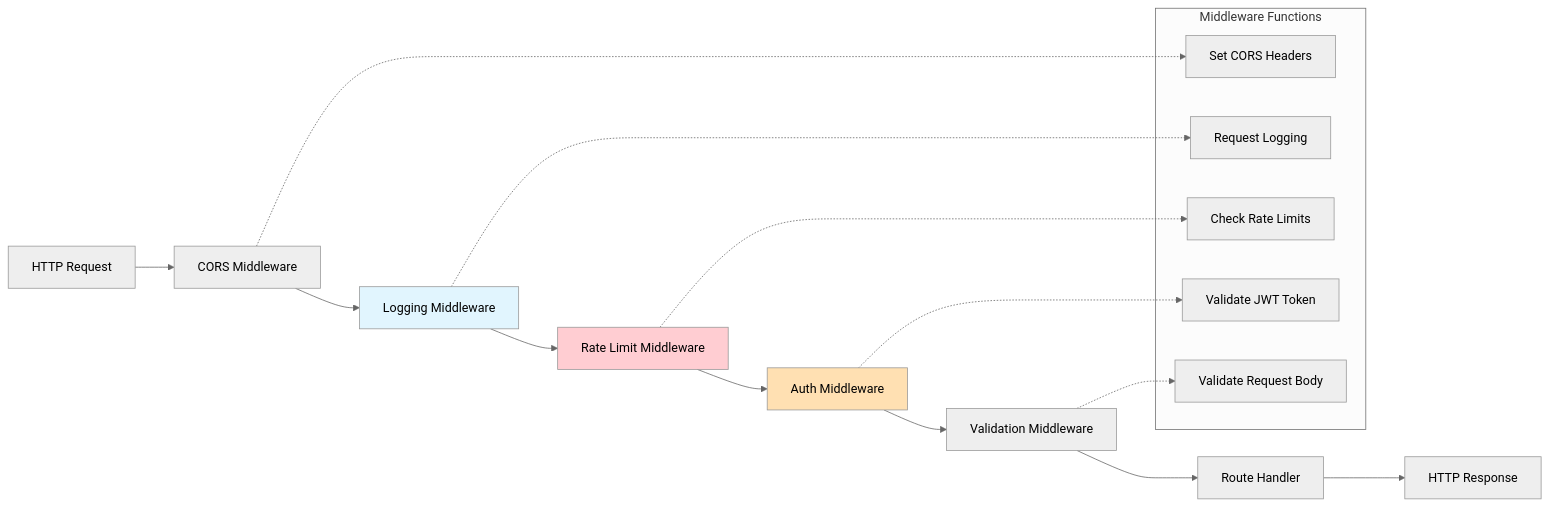
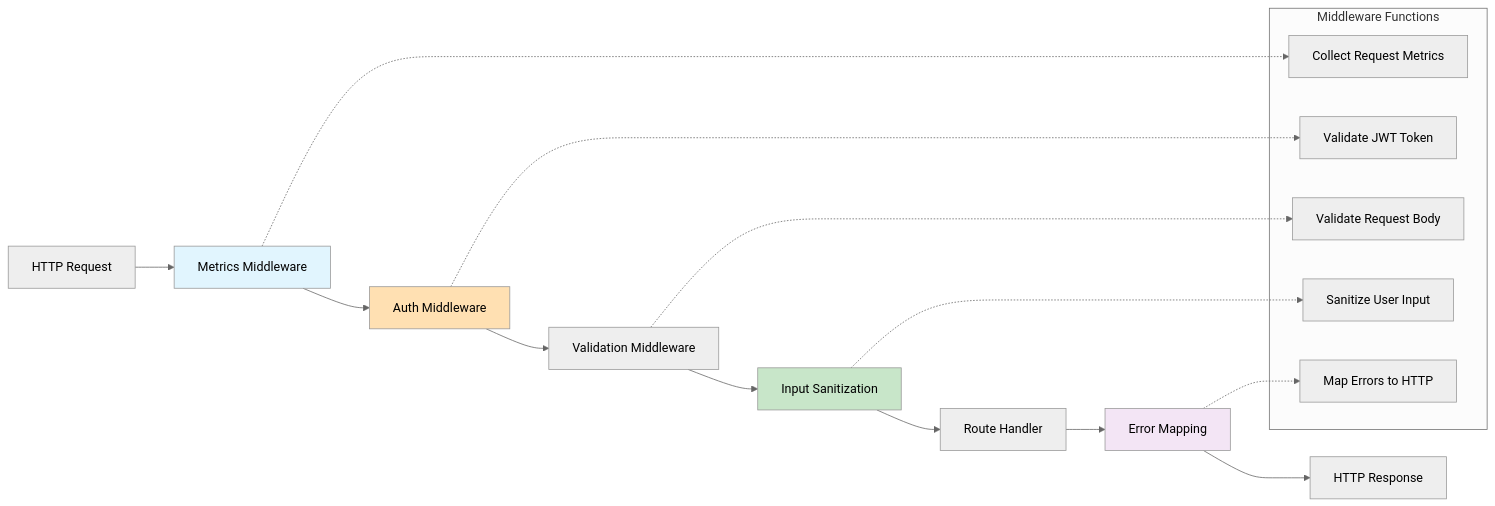
The ninth of 27 diagrams in code/go-auth/auth-service/docs/ARCHITECTURE.md (radek-zitek-cloud/pully-theta), drawn with Mermaid (neutral theme) before and after one commit. The commit also changed other lines of this file, not shown here.

Commit message:
feat(docs): Update architecture documentation to enhance input sanitization section and add testing architecture details

````diff
--- a/code/go-auth/auth-service/docs/ARCHITECTURE.md
+++ b/code/go-auth/auth-service/docs/ARCHITECTURE.md
@@ -315,28 +530,29 @@
 ```mermaid
 graph LR
-    REQ[HTTP Request] --> CORS[CORS Middleware]
-    CORS --> LOG[Logging Middleware]
-    LOG --> RATE[Rate Limit Middleware]
-    RATE --> AUTH[Auth Middleware]
+    REQ[HTTP Request] --> METRICS[Metrics Middleware]
+    METRICS --> AUTH[Auth Middleware]
     AUTH --> VALID[Validation Middleware]
-    VALID --> HANDLER[Route Handler]
-    HANDLER --> RESP[HTTP Response]
+    VALID --> SANITIZE[Input Sanitization]
+    SANITIZE --> HANDLER[Route Handler]
+    HANDLER --> ERROR_MAP[Error Mapping]
+    ERROR_MAP --> RESP[HTTP Response]
     
     subgraph "Middleware Functions"
-        CORS_FUNC[Set CORS Headers]
-        LOG_FUNC[Request Logging]
-        RATE_FUNC[Check Rate Limits]
+        METRICS_FUNC[Collect Request Metrics]
         AUTH_FUNC[Validate JWT Token]
         VALID_FUNC[Validate Request Body]
+        SANITIZE_FUNC[Sanitize User Input]
+        ERROR_FUNC[Map Errors to HTTP]
     end
     
-    CORS -.-> CORS_FUNC
-    LOG -.-> LOG_FUNC
-    RATE -.-> RATE_FUNC
+    METRICS -.-> METRICS_FUNC
     AUTH -.-> AUTH_FUNC
     VALID -.-> VALID_FUNC
+    SANITIZE -.-> SANITIZE_FUNC
+    ERROR_MAP -.-> ERROR_FUNC
     
     style AUTH fill:#FFE0B2
-    style RATE fill:#FFCDD2
-    style LOG fill:#E1F5FE
+    style SANITIZE fill:#C8E6C9
+    style METRICS fill:#E1F5FE
+    style ERROR_MAP fill:#F3E5F5
 ```
````
